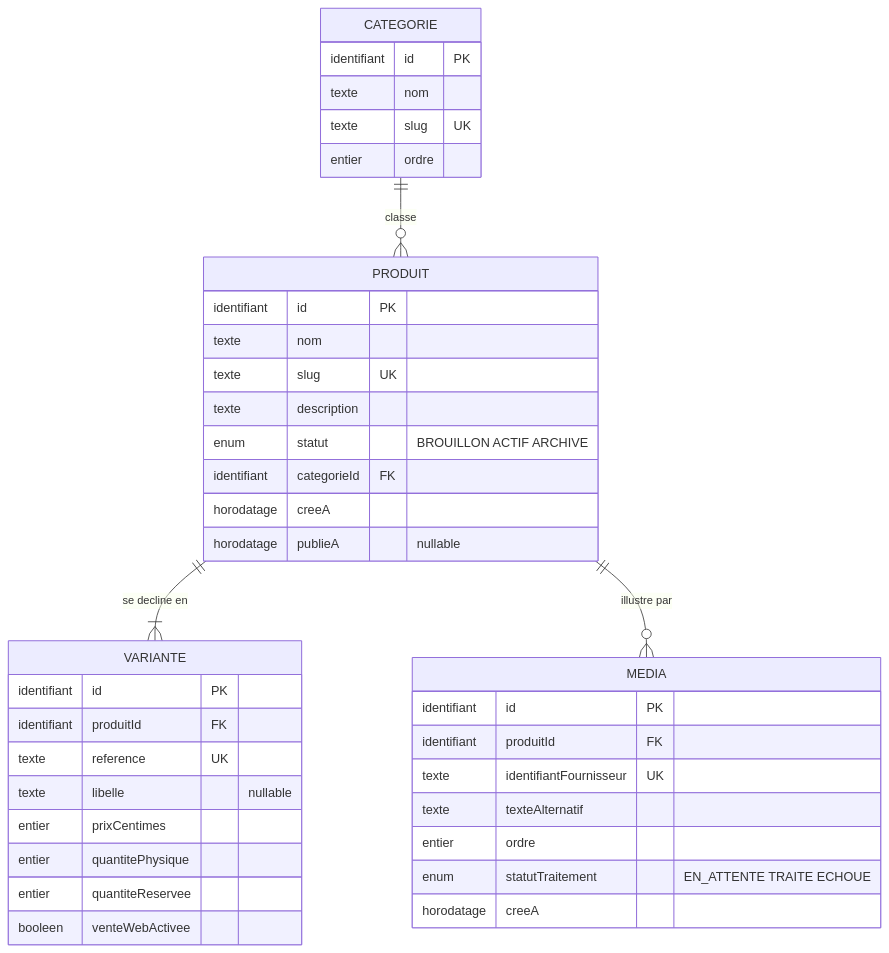
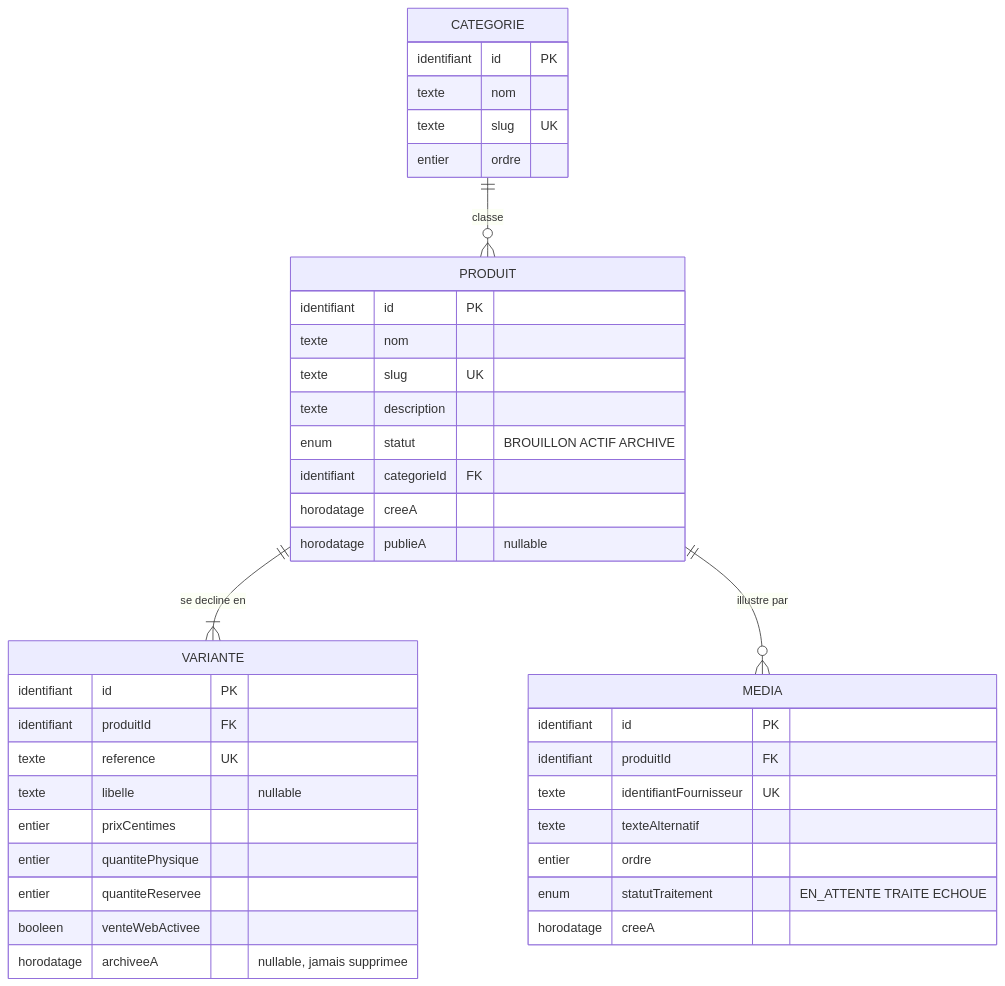
Before and after one commit to krismos64/lune-soleil: the second of 9 diagrams in docs/architecture/MODELE-CONCEPTUEL.md, drawn with Mermaid. The commit also changed other lines of this file and 2 other files, not shown here.

````diff
--- a/docs/architecture/MODELE-CONCEPTUEL.md
+++ b/docs/architecture/MODELE-CONCEPTUEL.md
@@ -99,42 +106,43 @@
 ```mermaid
 erDiagram
     CATEGORIE ||--o{ PRODUIT : "classe"
     PRODUIT ||--|{ VARIANTE : "se decline en"
     PRODUIT ||--o{ MEDIA : "illustre par"
 
     CATEGORIE {
         identifiant id PK
         texte nom
         texte slug UK
         entier ordre
     }
     PRODUIT {
         identifiant id PK
         texte nom
         texte slug UK
         texte description
         enum statut "BROUILLON ACTIF ARCHIVE"
         identifiant categorieId FK
         horodatage creeA
         horodatage publieA "nullable"
     }
     VARIANTE {
         identifiant id PK
         identifiant produitId FK
         texte reference UK
         texte libelle "nullable"
         entier prixCentimes
         entier quantitePhysique
         entier quantiteReservee
         booleen venteWebActivee
+        horodatage archiveeA "nullable, jamais supprimee"
     }
     MEDIA {
         identifiant id PK
         identifiant produitId FK
         texte identifiantFournisseur UK
         texte texteAlternatif
         entier ordre
         enum statutTraitement "EN_ATTENTE TRAITE ECHOUE"
         horodatage creeA
     }
 ```
````
